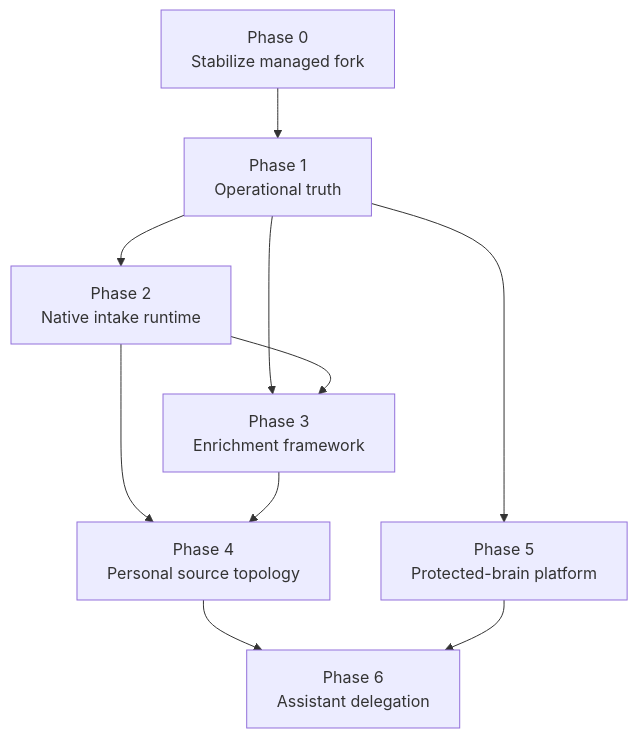
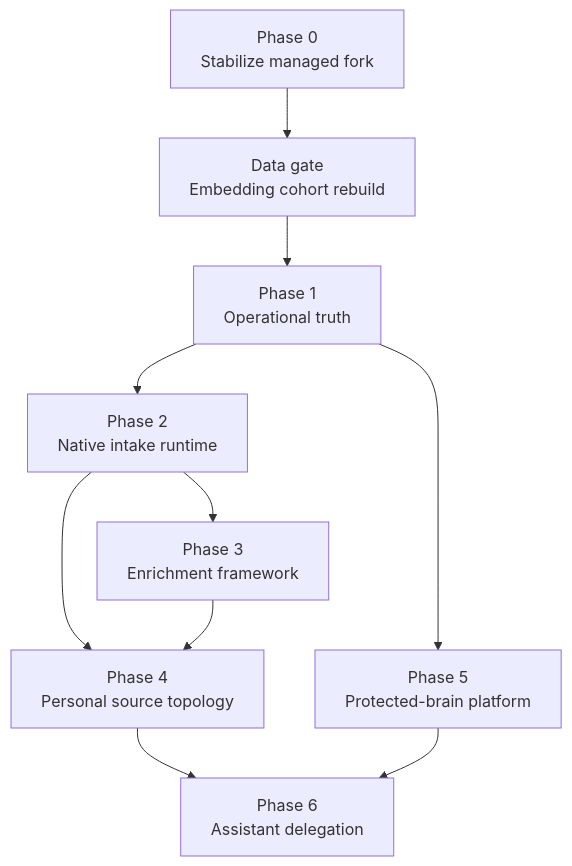
The diagram in docs/roadmaps/2026-07-22-001-gbrain-knowledge-runtime-roadmap.md (aaronkhawkins/gbrain), drawn with Mermaid before and after one commit. The commit also changed other lines of this file and 52 other files, not shown here.

First line of the commit message:
fix(release): close managed-fork stabilization gate

````diff
--- a/docs/roadmaps/2026-07-22-001-gbrain-knowledge-runtime-roadmap.md
+++ b/docs/roadmaps/2026-07-22-001-gbrain-knowledge-runtime-roadmap.md
@@ -26,12 +35,12 @@
 ```mermaid
 flowchart TB
-    p0["Phase 0<br/>Stabilize managed fork"] --> p1["Phase 1<br/>Operational truth"]
+    p0["Phase 0<br/>Stabilize managed fork"] --> emb["Data gate<br/>Embedding cohort rebuild"]
+    emb --> p1["Phase 1<br/>Operational truth"]
     p1 --> p2["Phase 2<br/>Native intake runtime"]
-    p1 --> p3["Phase 3<br/>Enrichment framework"]
-    p2 --> p3
+    p2 --> p3["Phase 3<br/>Enrichment framework"]
     p2 --> p4["Phase 4<br/>Personal source topology"]
     p3 --> p4
     p1 --> p5["Phase 5<br/>Protected-brain platform"]
     p4 --> p6["Phase 6<br/>Assistant delegation"]
     p5 --> p6
 ```
````
